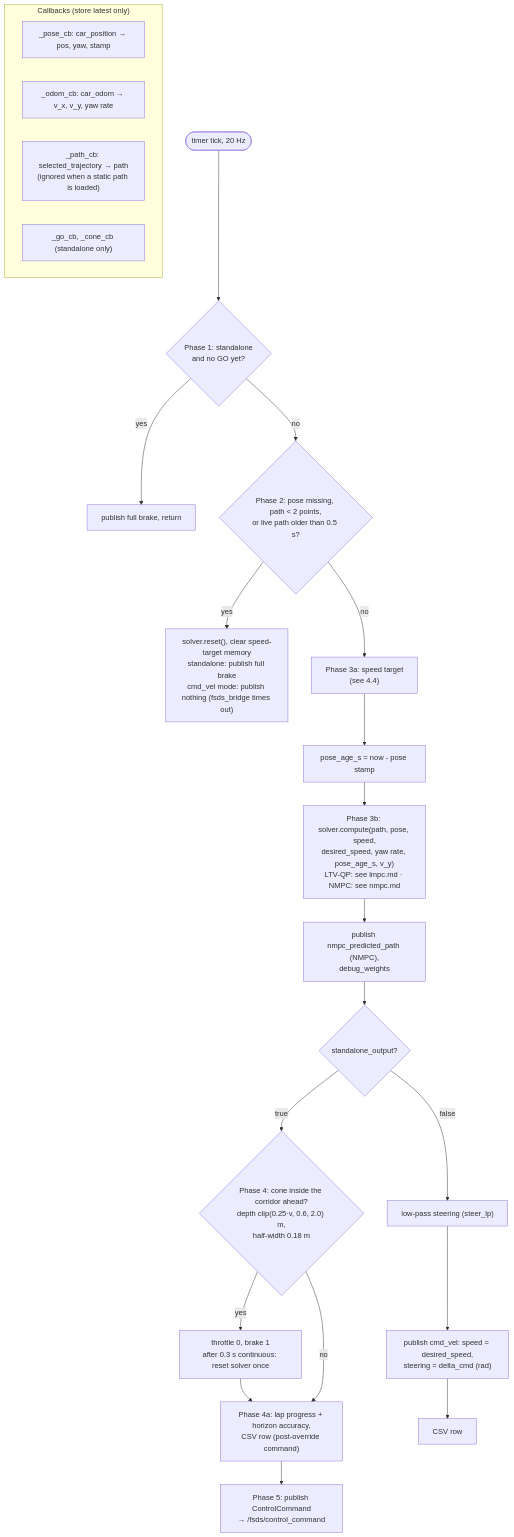
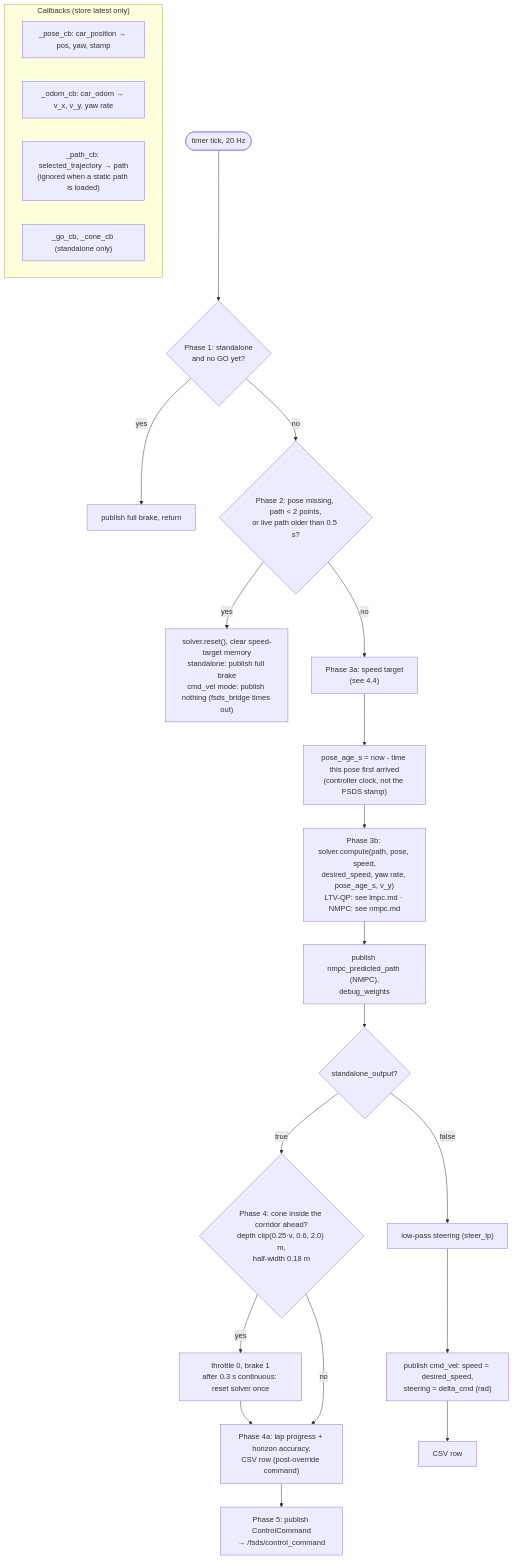
One commit to Martin-Jin/fsae_MPCTest changed the seventh of 12 diagrams in docs/fsds/live_architecture.md. Above: the diagram before and after it, drawn with Mermaid. The commit also changed other lines of this file and 11 other files, not shown here.

First line of the commit message:
Time pose_age_s on the controller clock, not across FSDS and ROS clocks

````diff
--- a/docs/fsds/live_architecture.md
+++ b/docs/fsds/live_architecture.md
@@ -372,38 +372,38 @@
 ```mermaid
 flowchart TD
     subgraph CBS["Callbacks (store latest only)"]
         CB1["_pose_cb: car_position → pos, yaw, stamp"]
         CB2["_odom_cb: car_odom → v_x, v_y, yaw rate"]
         CB3["_path_cb: selected_trajectory → path<br/>(ignored when a static path is loaded)"]
         CB4["_go_cb, _cone_cb (standalone only)"]
     end
 
     T(["timer tick, 20 Hz"])
     G{"Phase 1: standalone<br/>and no GO yet?"}
     GB["publish full brake, return"]
     S{"Phase 2: pose missing, path < 2 points,<br/>or live path older than 0.5 s?"}
     SB["solver.reset(), clear speed-target memory<br/>standalone: publish full brake<br/>cmd_vel mode: publish nothing (fsds_bridge times out)"]
     V["Phase 3a: speed target<br/>(see 4.4)"]
-    PA["pose_age_s = now - pose stamp"]
+    PA["pose_age_s = now - time this pose first arrived<br/>(controller clock, not the FSDS stamp)"]
     SOLVE["Phase 3b: solver.compute(path, pose, speed,<br/>desired_speed, yaw rate, pose_age_s, v_y)<br/>LTV-QP: see lmpc.md · NMPC: see nmpc.md"]
     DBG["publish nmpc_predicted_path (NMPC),<br/>debug_weights"]
     M{"standalone_output?"}
     CONE{"Phase 4: cone inside the corridor ahead?<br/>depth clip(0.25·v, 0.6, 2.0) m,<br/>half-width 0.18 m"}
     CB["throttle 0, brake 1<br/>after 0.3 s continuous: reset solver once"]
     LOG1["Phase 4a: lap progress + horizon accuracy,<br/>CSV row (post-override command)"]
     PUB1["Phase 5: publish ControlCommand<br/>→ /fsds/control_command"]
     LP["low-pass steering (steer_lp)"]
     PUB2["publish cmd_vel: speed = desired_speed,<br/>steering = delta_cmd (rad)"]
     LOG2["CSV row"]
 
     T --> G
     G -->|"yes"| GB
     G -->|"no"| S
     S -->|"yes"| SB
     S -->|"no"| V --> PA --> SOLVE --> DBG --> M
     M -->|"true"| CONE
     CONE -->|"yes"| CB --> LOG1
     CONE -->|"no"| LOG1
     LOG1 --> PUB1
     M -->|"false"| LP --> PUB2 --> LOG2
 ```
````
